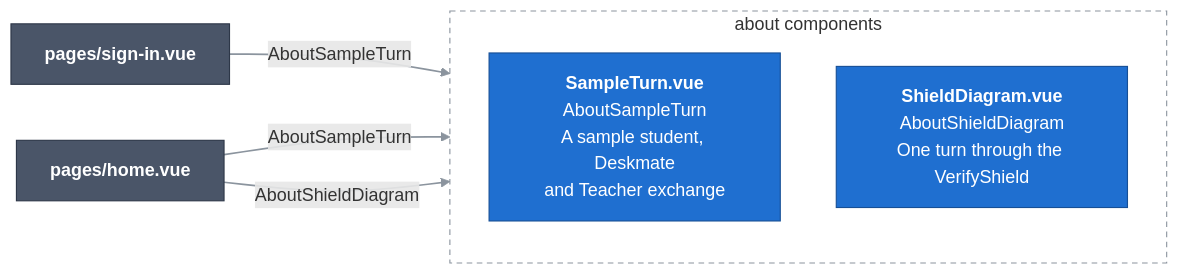
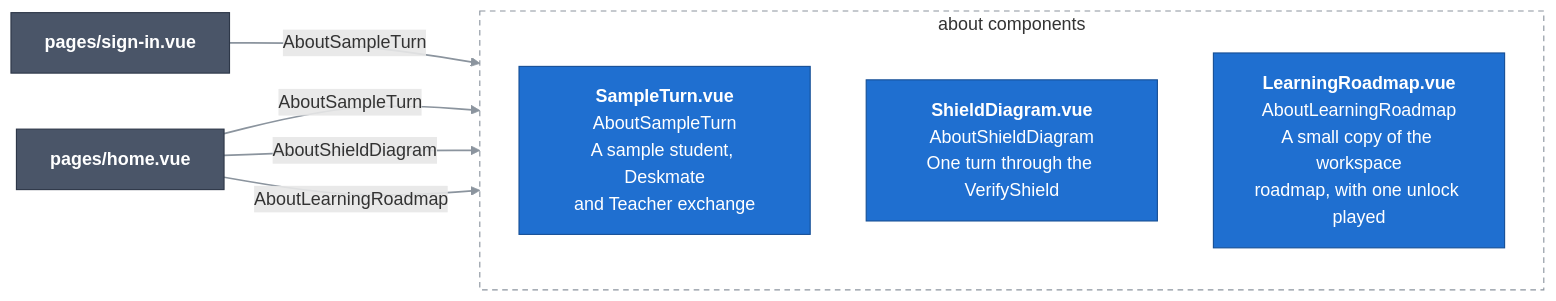
One commit to Bill2926/COS40005_HN9_Verifiable_Co-Learner_Agent changed the diagram in docs/c4/03-components/web-app/03-about-components.md. Above: the diagram before and after it, drawn with Mermaid. The commit also changed other lines of this file and 4 other files, not shown here.

First line of the commit message:
Show a general learning roadmap on the Home page

````diff
--- a/docs/c4/03-components/web-app/03-about-components.md
+++ b/docs/c4/03-components/web-app/03-about-components.md
@@ -10,21 +10,23 @@
 ```mermaid
 flowchart LR
   classDef comp fill:#1f6fd0,stroke:#164f96,color:#ffffff
   classDef near fill:#4a5568,stroke:#2d3748,color:#ffffff
   linkStyle default stroke:#8b949e,stroke-width:1.5px
 
   signin["<b>pages/sign-in.vue</b>"]:::near
   home["<b>pages/home.vue</b>"]:::near
 
   subgraph parts["about components"]
     direction TB
     sample["<b>SampleTurn.vue</b><br/>AboutSampleTurn<br/>A sample student, Deskmate<br/>and Teacher exchange"]:::comp
     shield["<b>ShieldDiagram.vue</b><br/>AboutShieldDiagram<br/>One turn through the VerifyShield"]:::comp
+    roadmap["<b>LearningRoadmap.vue</b><br/>AboutLearningRoadmap<br/>A small copy of the workspace<br/>roadmap, with one unlock played"]:::comp
   end
 
   signin ==>|"AboutSampleTurn"| sample
   home ==>|"AboutSampleTurn"| sample
   home ==>|"AboutShieldDiagram"| shield
+  home ==>|"AboutLearningRoadmap"| roadmap
 
   style parts fill:none,stroke:#8b949e,stroke-dasharray:5 4
 ```
````
